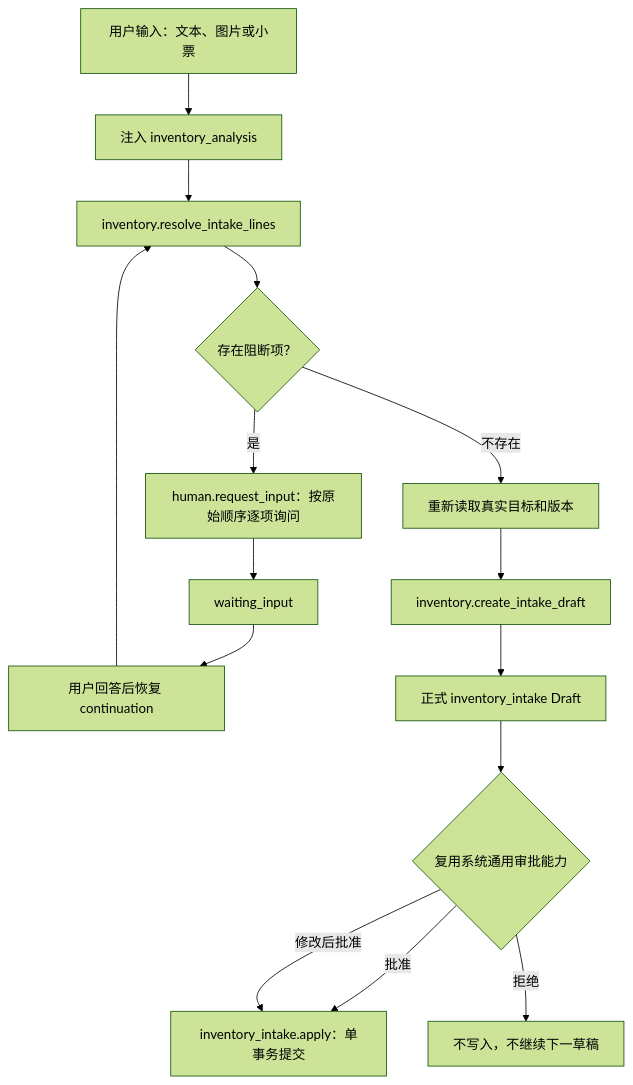
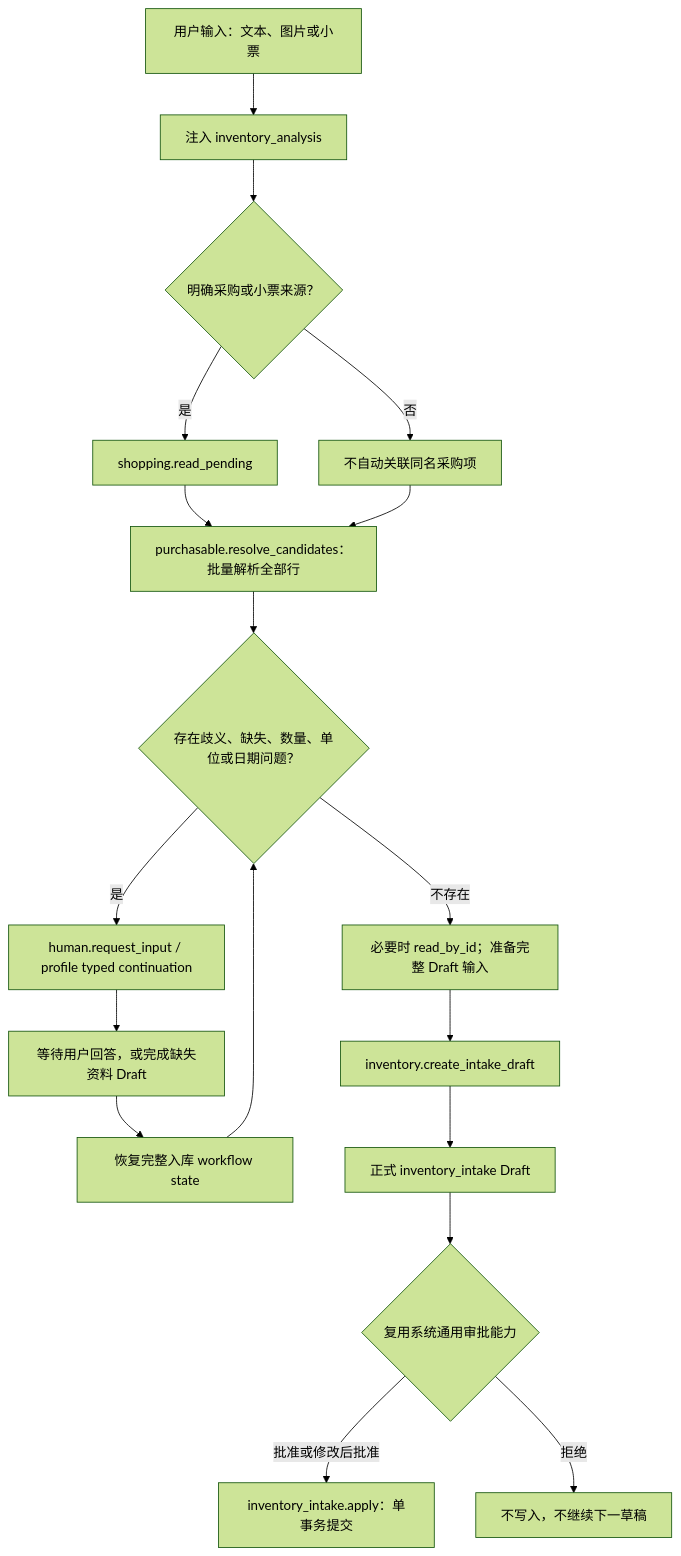
One commit to novisfff/Culina changed the diagram in docs/superpowers/specs/2026-07-21-unified-inventory-intake-design.md. Above: the diagram before and after it, drawn with Mermaid (forest theme). The commit also changed other lines of this file and 1 other file, not shown here.

Commit message:
docs: refine unified inventory intake design

````diff
--- a/docs/superpowers/specs/2026-07-21-unified-inventory-intake-design.md
+++ b/docs/superpowers/specs/2026-07-21-unified-inventory-intake-design.md
@@ -107,17 +107,20 @@
 ```mermaid
 flowchart TD
     A["用户输入：文本、图片或小票"] --> B["注入 inventory_analysis"]
-    B --> C["inventory.resolve_intake_lines"]
-    C --> D{"存在阻断项？"}
-    D -- "是" --> E["human.request_input：按原始顺序逐项询问"]
-    E --> F["waiting_input"]
-    F --> G["用户回答后恢复 continuation"]
-    G --> C
-    D -- "不存在" --> H["重新读取真实目标和版本"]
-    H --> I["inventory.create_intake_draft"]
-    I --> J["正式 inventory_intake Draft"]
-    J --> L{"复用系统通用审批能力"}
-    L -- "批准" --> M["inventory_intake.apply：单事务提交"]
-    L -- "修改后批准" --> M
-    L -- "拒绝" --> N["不写入，不继续下一草稿"]
+    B --> C{"明确采购或小票来源？"}
+    C -- "是" --> D["shopping.read_pending"]
+    C -- "否" --> E["不自动关联同名采购项"]
+    D --> F["purchasable.resolve_candidates：批量解析全部行"]
+    E --> F
+    F --> G{"存在歧义、缺失、数量、单位或日期问题？"}
+    G -- "是" --> H["human.request_input / profile typed continuation"]
+    H --> I["等待用户回答，或完成缺失资料 Draft"]
+    I --> J["恢复完整入库 workflow state"]
+    J --> G
+    G -- "不存在" --> K["必要时 read_by_id；准备完整 Draft 输入"]
+    K --> L["inventory.create_intake_draft"]
+    L --> M["正式 inventory_intake Draft"]
+    M --> N{"复用系统通用审批能力"}
+    N -- "批准或修改后批准" --> O["inventory_intake.apply：单事务提交"]
+    N -- "拒绝" --> P["不写入，不继续下一草稿"]
 ```
````
